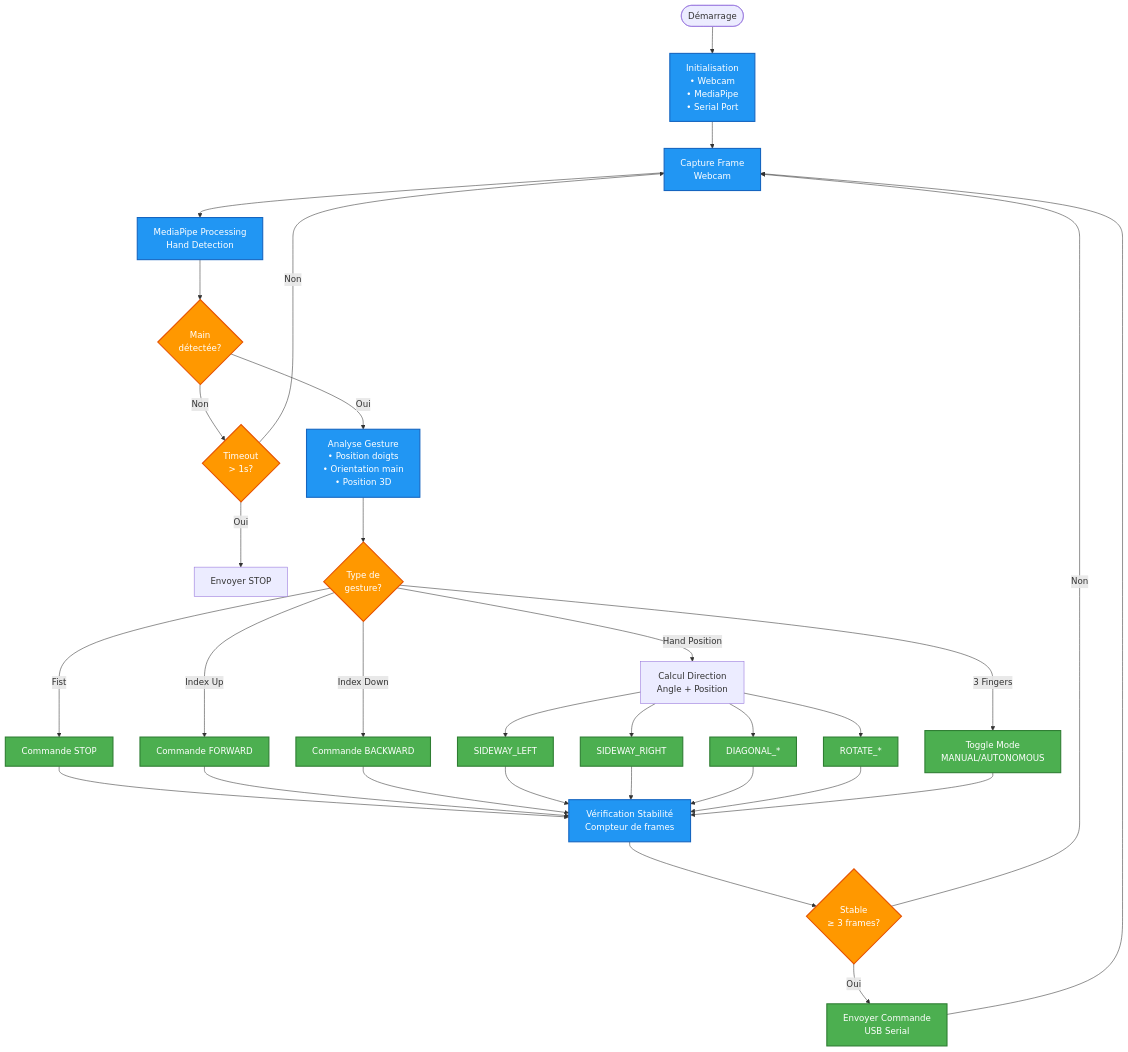
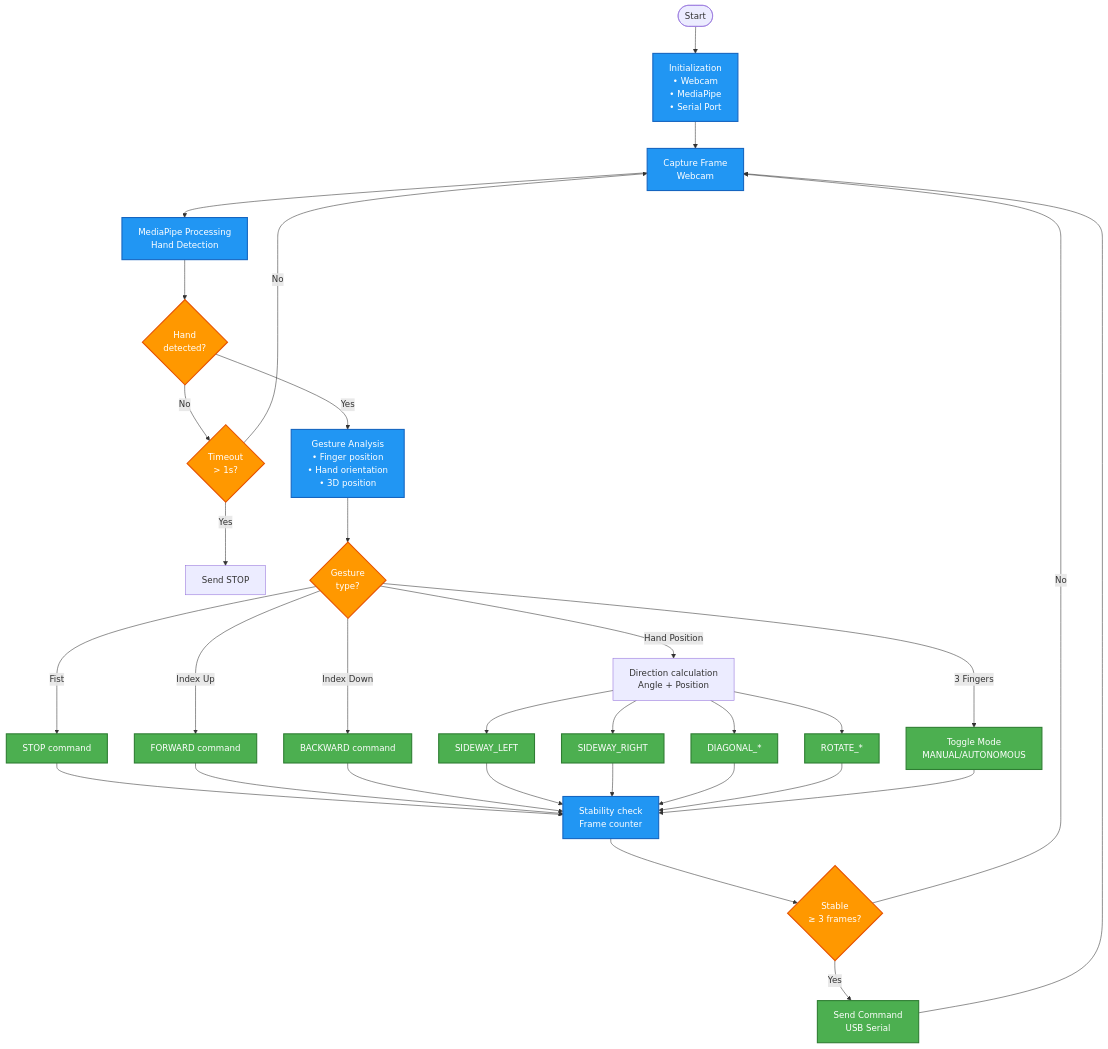
Before and after one commit to Yaniv23/final-project-gesture-car: the ninth of 17 diagrams in docs/architecture.md, drawn with Mermaid. The commit also changed other lines of this file and 16 other files, not shown here.

````diff
--- a/docs/architecture.md
+++ b/docs/architecture.md
@@ -429,47 +411,47 @@
 ```mermaid
 flowchart TD
-    Start([Démarrage]) --> Init[Initialisation<br/>• Webcam<br/>• MediaPipe<br/>• Serial Port]
+    Start([Start]) --> Init[Initialization<br/>• Webcam<br/>• MediaPipe<br/>• Serial Port]
     Init --> Capture[Capture Frame<br/>Webcam]
     Capture --> Process[MediaPipe Processing<br/>Hand Detection]
-    Process --> HandDetected{Main<br/>détectée?}
+    Process --> HandDetected{Hand<br/>detected?}
     
-    HandDetected -->|Non| TimeoutCheck{Timeout<br/>> 1s?}
-    TimeoutCheck -->|Oui| StopCmd[Envoyer STOP]
-    TimeoutCheck -->|Non| Capture
+    HandDetected -->|No| TimeoutCheck{Timeout<br/>> 1s?}
+    TimeoutCheck -->|Yes| StopCmd[Send STOP]
+    TimeoutCheck -->|No| Capture
     
-    HandDetected -->|Oui| Analyze[Analyse Gesture<br/>• Position doigts<br/>• Orientation main<br/>• Position 3D]
-    Analyze --> GestureType{Type de<br/>gesture?}
+    HandDetected -->|Yes| Analyze[Gesture Analysis<br/>• Finger position<br/>• Hand orientation<br/>• 3D position]
+    Analyze --> GestureType{Gesture<br/>type?}
     
-    GestureType -->|Fist| Stop[Commande STOP]
-    GestureType -->|Index Up| Forward[Commande FORWARD]
-    GestureType -->|Index Down| Backward[Commande BACKWARD]
-    GestureType -->|Hand Position| Direction[Calcul Direction<br/>Angle + Position]
+    GestureType -->|Fist| Stop[STOP command]
+    GestureType -->|Index Up| Forward[FORWARD command]
+    GestureType -->|Index Down| Backward[BACKWARD command]
+    GestureType -->|Hand Position| Direction[Direction calculation<br/>Angle + Position]
     GestureType -->|3 Fingers| ModeToggle[Toggle Mode<br/>MANUAL/AUTONOMOUS]
     
     Direction --> SidewayLeft[SIDEWAY_LEFT]
     Direction --> SidewayRight[SIDEWAY_RIGHT]
     Direction --> Diagonal[DIAGONAL_*]
     Direction --> Rotate[ROTATE_*]
     
-    Stop --> Stability[Vérification Stabilité<br/>Compteur de frames]
+    Stop --> Stability[Stability check<br/>Frame counter]
     Forward --> Stability
     Backward --> Stability
     SidewayLeft --> Stability
     SidewayRight --> Stability
     Diagonal --> Stability
     Rotate --> Stability
     ModeToggle --> Stability
     
     Stability --> Stable{Stable<br/>≥ 3 frames?}
-    Stable -->|Non| Capture
-    Stable -->|Oui| Send[Envoyer Commande<br/>USB Serial]
+    Stable -->|No| Capture
+    Stable -->|Yes| Send[Send Command<br/>USB Serial]
     Send --> Capture
     
     classDef process fill:#2196F3,stroke:#1565C0,stroke-width:2px,color:#fff
     classDef decision fill:#FF9800,stroke:#E65100,stroke-width:2px,color:#fff
     classDef action fill:#4CAF50,stroke:#2E7D32,stroke-width:2px,color:#fff
     
     class Init,Capture,Process,Analyze,Stability process
     class HandDetected,TimeoutCheck,GestureType,Stable decision
     class Stop,Forward,Backward,SidewayLeft,SidewayRight,Diagonal,Rotate,ModeToggle,Send action
 ```
````
